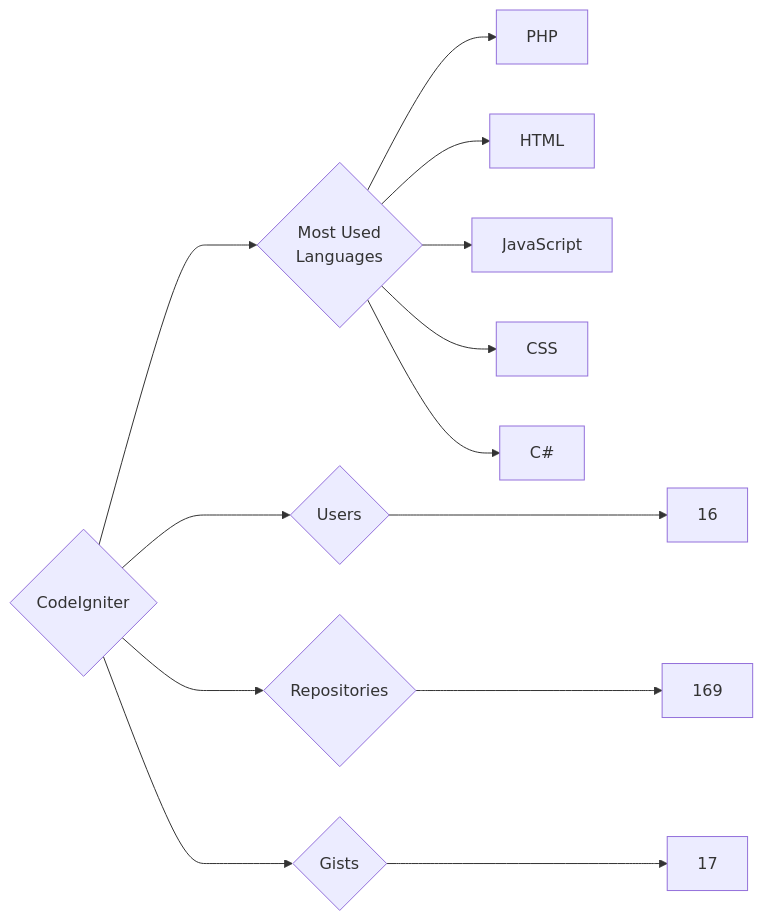
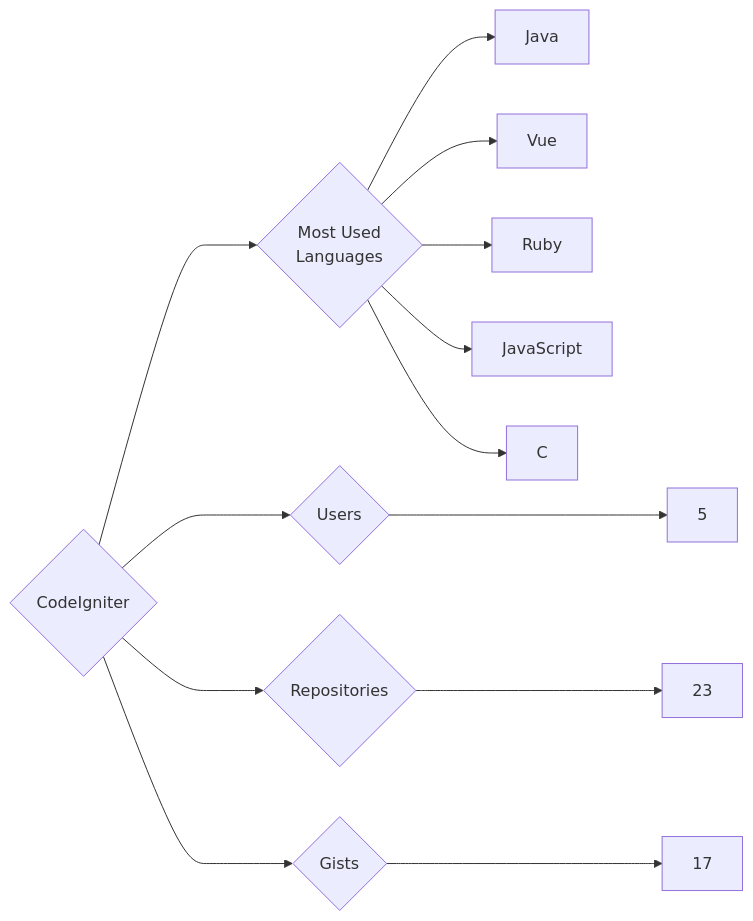
The diagram in targets/CodeIgniter/README.md (trickest/insiders), drawn with Mermaid before and after one commit. The commit also changed 933 other files, not shown here.

````diff
--- a/targets/CodeIgniter/README.md
+++ b/targets/CodeIgniter/README.md
@@ -3,13 +3,13 @@
 ```mermaid
 graph LR
 COMPANY_NAME{CodeIgniter}
-COMPANY_NAME ---> U{Users} ---> UN[16]
-COMPANY_NAME ---> R{Repositories} ---> RN[169]
+COMPANY_NAME ---> U{Users} ---> UN[5]
+COMPANY_NAME ---> R{Repositories} ---> RN[23]
 COMPANY_NAME ---> G{Gists} ---> GN[17]
 COMPANY_NAME ---> ML{Most Used<br>Languages}
-ML --> PHP[PHP]
-ML --> HTML[HTML]
+ML --> Java[Java]
+ML --> Vue[Vue]
+ML --> Ruby[Ruby]
 ML --> JavaScript[JavaScript]
-ML --> CSS[CSS]
-ML --> C#[C#]
+ML --> C[C]
 ```
````
